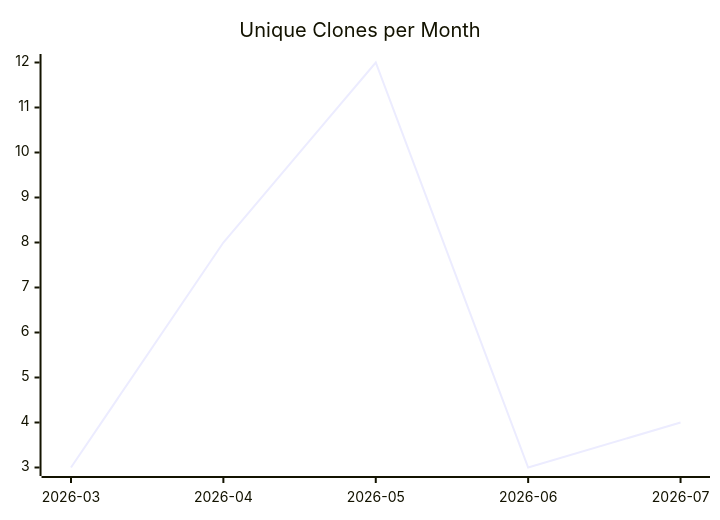
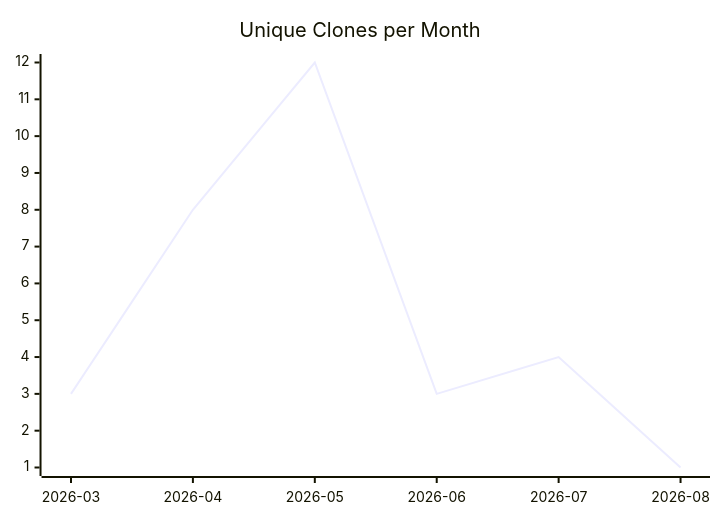
The third of 3 diagrams in karlmdavis/puppet-sonar/README.md (justdavis-family/github-analytics-data), drawn with Mermaid before and after one commit. The commit also changed other lines of this file and 180 other files, not shown here.

````diff
--- a/karlmdavis/puppet-sonar/README.md
+++ b/karlmdavis/puppet-sonar/README.md
@@ -19,6 +19,6 @@
 ```mermaid
 xychart-beta
   title "Unique Clones per Month"
-  x-axis ["2026-03", "2026-04", "2026-05", "2026-06", "2026-07"]
-  line [3, 8, 12, 3, 4]
+  x-axis ["2026-03", "2026-04", "2026-05", "2026-06", "2026-07", "2026-08"]
+  line [3, 8, 12, 3, 4, 1]
 ```
````
